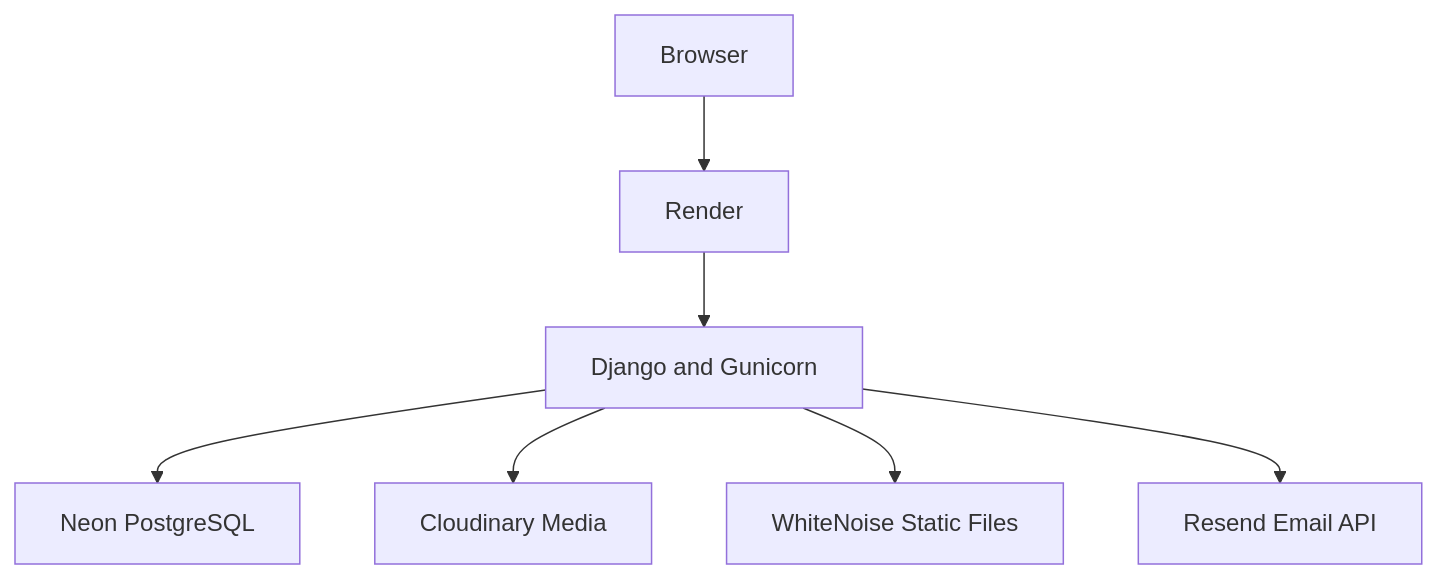
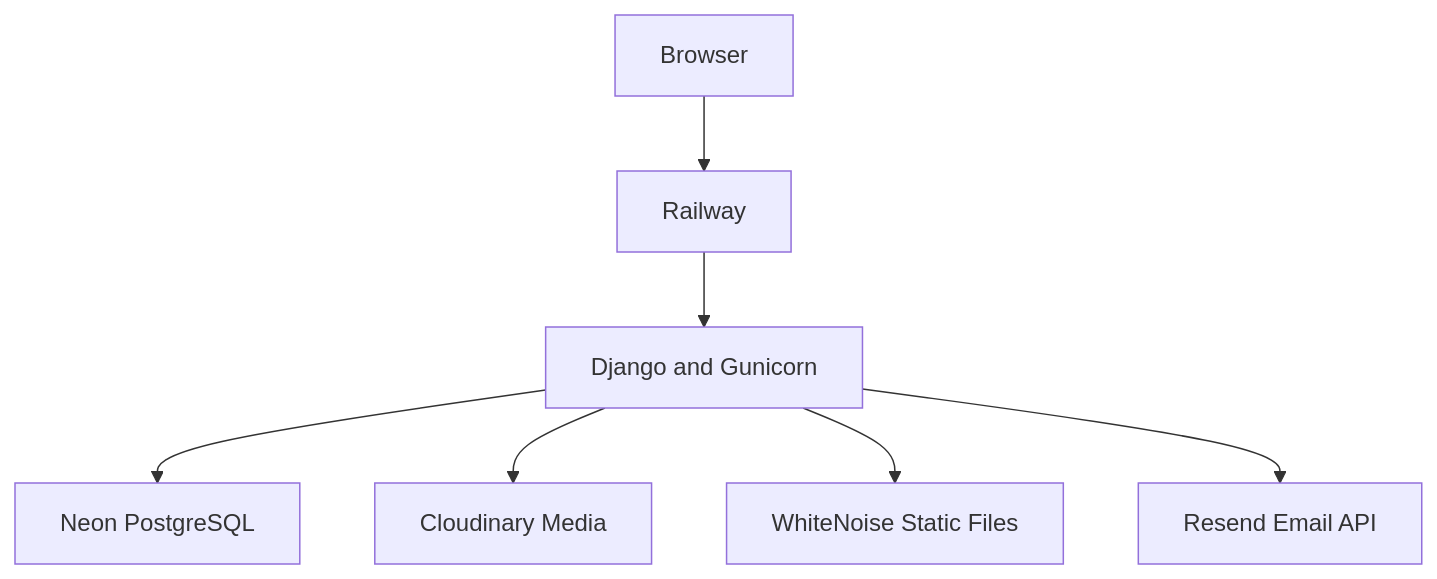
One commit to thierrydrmv/bartender-base changed the diagram in README.md. Above: the diagram before and after it, drawn with Mermaid. The commit also changed other lines of this file, not shown here.

Commit message:
docs: update deployment references from Render to Railway

````diff
--- a/README.md
+++ b/README.md
@@ -190,9 +190,9 @@
 ```mermaid
 flowchart TD
-    U[Browser] --> R[Render]
+    U[Browser] --> R[Railway]
     R --> D[Django and Gunicorn]
     D --> N[Neon PostgreSQL]
     D --> C[Cloudinary Media]
     D --> W[WhiteNoise Static Files]
     D --> E[Resend Email API]
 ```
````
